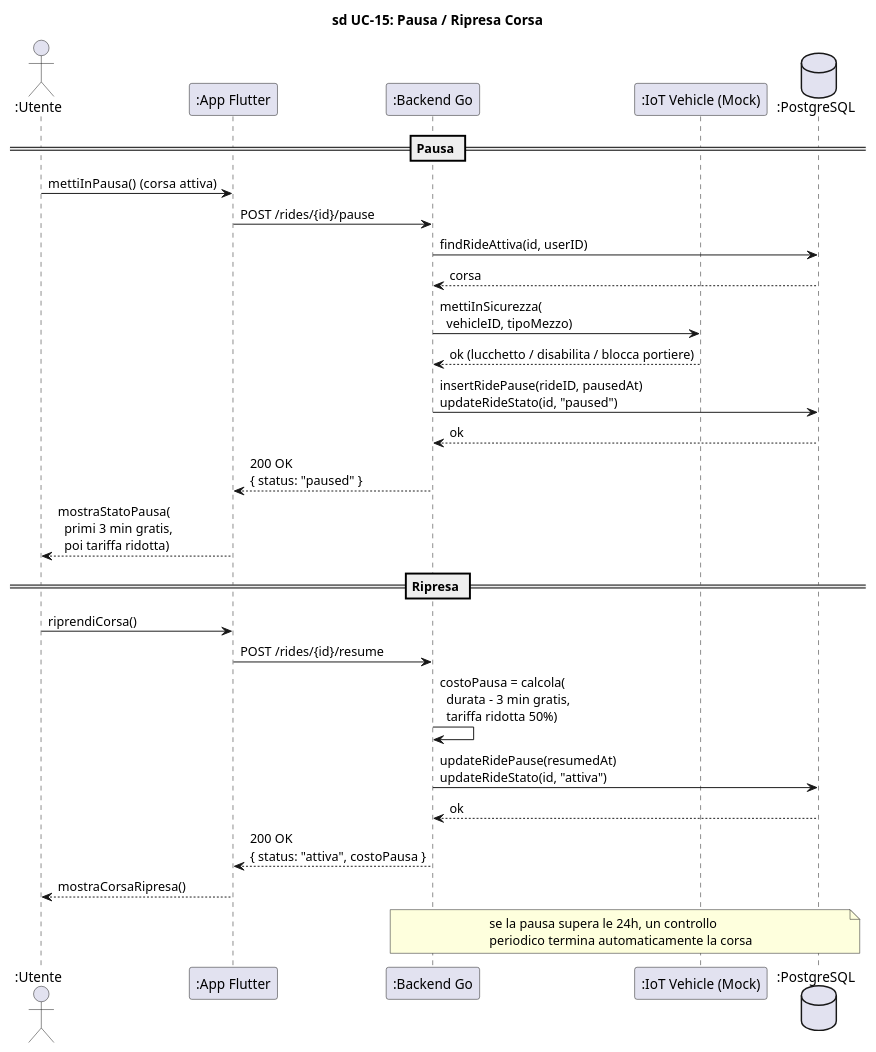
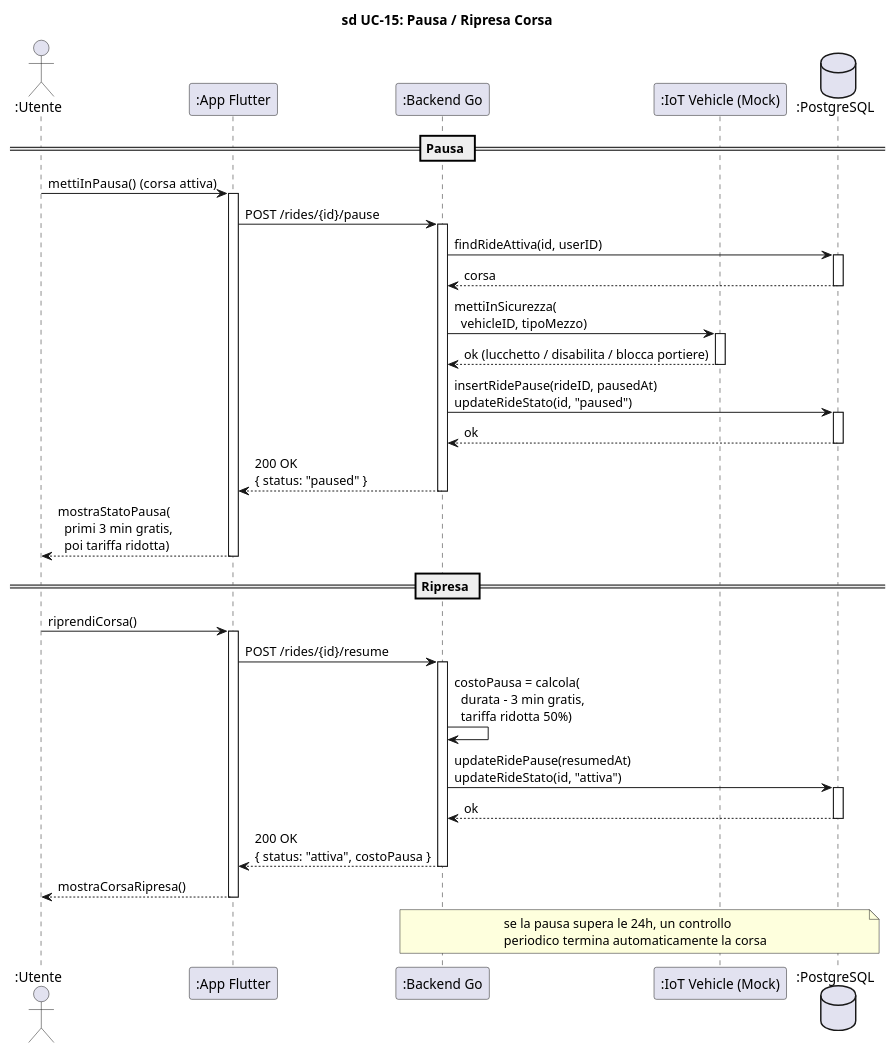
One commit to Lorisforse/Zipply changed the diagram in docs/diagrams/puml/Sprint 2/sd_UC15_PausaCorsa.puml. Above: the diagram before and after it, drawn with PlantUML. The commit also changed 65 other files, not shown here.

Commit message:
Aggiunta UML sprint 3

```diff
--- a/docs/diagrams/puml/Sprint 2/sd_UC15_PausaCorsa.puml
+++ b/docs/diagrams/puml/Sprint 2/sd_UC15_PausaCorsa.puml
@@ -1,47 +1,63 @@
 @startuml sd_UC15_PausaCorsa
 
 title sd UC-15: Pausa / Ripresa Corsa
 
 skinparam hyperlinkColor black
 skinparam hyperlinkUnderline false
 
 actor ":Utente" as Utente
 participant ":App Flutter" as App
 participant ":Backend Go" as Backend
 participant ":IoT Vehicle (Mock)" as IoT
 database ":PostgreSQL" as DB
 
 == Pausa ==
 
 Utente -> App : mettiInPausa()  (corsa attiva)
+activate App
 
 App -> Backend : POST /rides/{id}/pause
+activate Backend
 
 Backend -> DB : findRideAttiva(id, userID)
+activate DB
 DB --> Backend : corsa
+deactivate DB
 
 Backend -> IoT : mettiInSicurezza(\n  vehicleID, tipoMezzo)
+activate IoT
 IoT --> Backend : ok (lucchetto / disabilita / blocca portiere)
+deactivate IoT
 
 Backend -> DB : insertRidePause(rideID, pausedAt)\nupdateRideStato(id, "paused")
+activate DB
 DB --> Backend : ok
+deactivate DB
 
 Backend --> App : 200 OK\n{ status: "paused" }
+deactivate Backend
 App --> Utente : mostraStatoPausa(\n  primi 3 min gratis,\n  poi tariffa ridotta)
+deactivate App
 
 == Ripresa ==
 
 Utente -> App : riprendiCorsa()
+activate App
 
 App -> Backend : POST /rides/{id}/resume
+activate Backend
 
 Backend -> Backend : costoPausa = calcola(\n  durata - 3 min gratis,\n  tariffa ridotta 50%)
 Backend -> DB : updateRidePause(resumedAt)\nupdateRideStato(id, "attiva")
+activate DB
 DB --> Backend : ok
+deactivate DB
 
 Backend --> App : 200 OK\n{ status: "attiva", costoPausa }
+deactivate Backend
 App --> Utente : mostraCorsaRipresa()
+deactivate App
 
 note over Backend, DB : se la pausa supera le 24h, un controllo\nperiodico termina automaticamente la corsa
 
 @enduml
```
